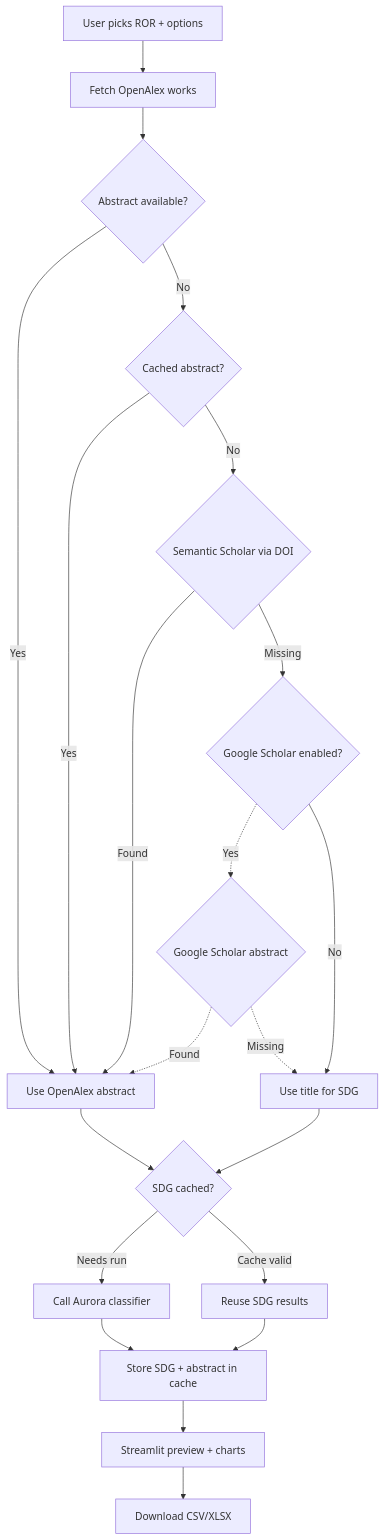
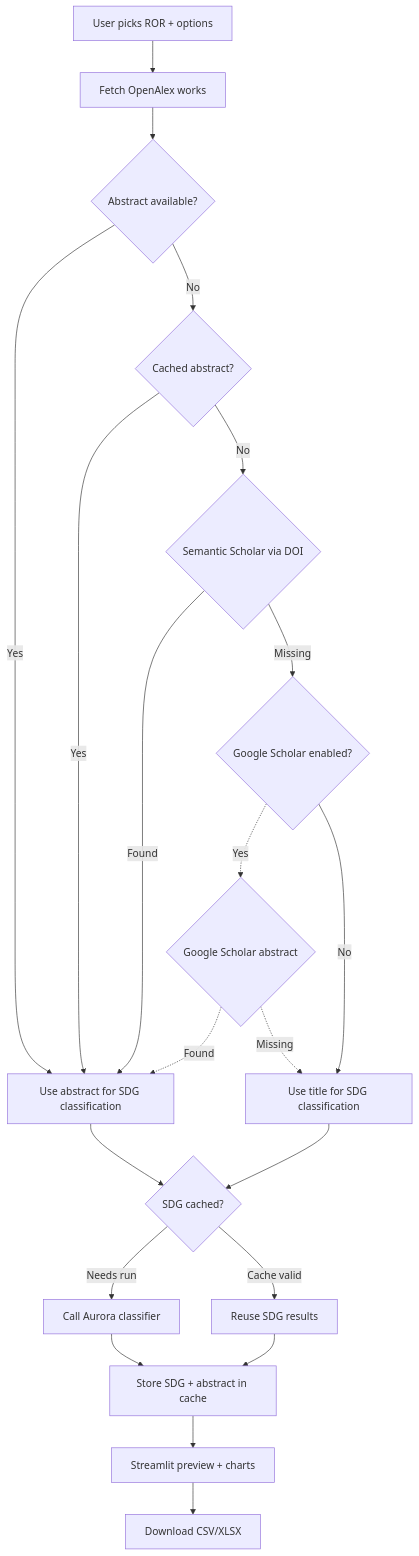
One commit to jmiba/Aurora-SDG-Publication-Classifier changed the diagram in README.md. Above: the diagram before and after it, drawn with Mermaid.

Commit message:
Update flowchart for SDG classification process

````diff
--- a/README.md
+++ b/README.md
@@ -19,23 +19,23 @@
 ```mermaid
 flowchart TB
     A[User picks ROR + options] --> B[Fetch OpenAlex works]
     B --> C{Abstract available?}
-    C -->|Yes| D[Use OpenAlex abstract]
+    C -->|Yes| D[Use abstract for SDG classification]
     C -->|No| E{Cached abstract?}
     E -->|Yes| D
     E -->|No| F{Semantic Scholar via DOI}
     F -->|Found| D
     F -->|Missing| G{Google Scholar enabled?}
-    I -.->|Missing| H[Use title for SDG]
+    I -.->|Missing| H[Use title for SDG classification]
     G -->|No| H
     G -.->|Yes| I{Google Scholar abstract}
     I -.->|Found| D
     D --> J{SDG cached?}
     H --> J
     J -->|Cache valid| K[Reuse SDG results]
     J -->|Needs run| L[Call Aurora classifier]
     L --> M[Store SDG + abstract in cache]
     K --> M
     M --> N[Streamlit preview + charts]
     N --> O[Download CSV/XLSX]
 ```
````
